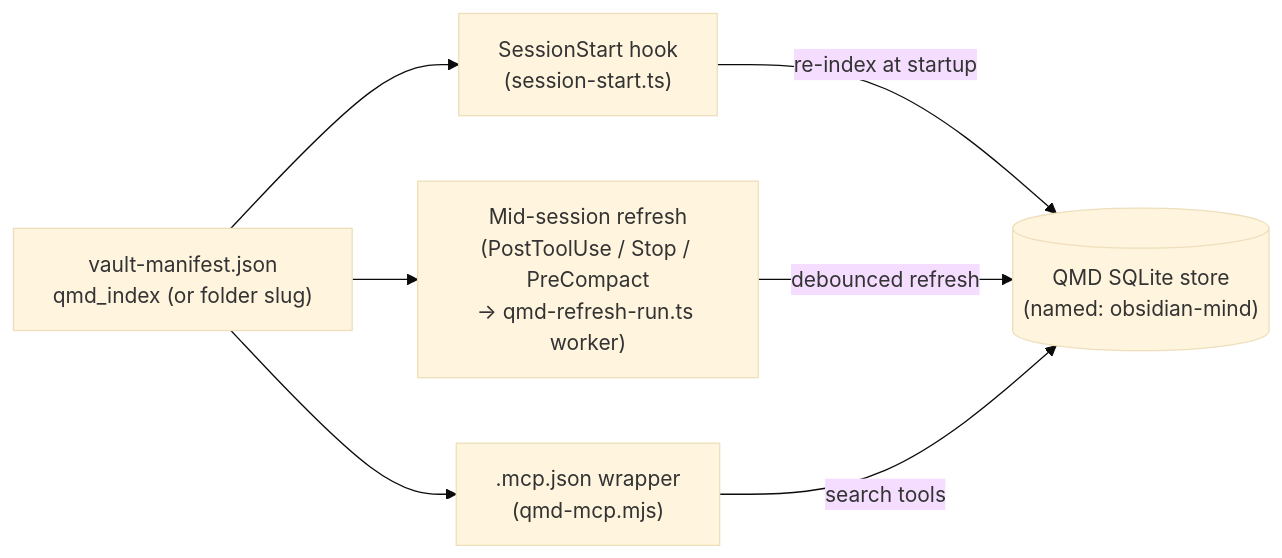
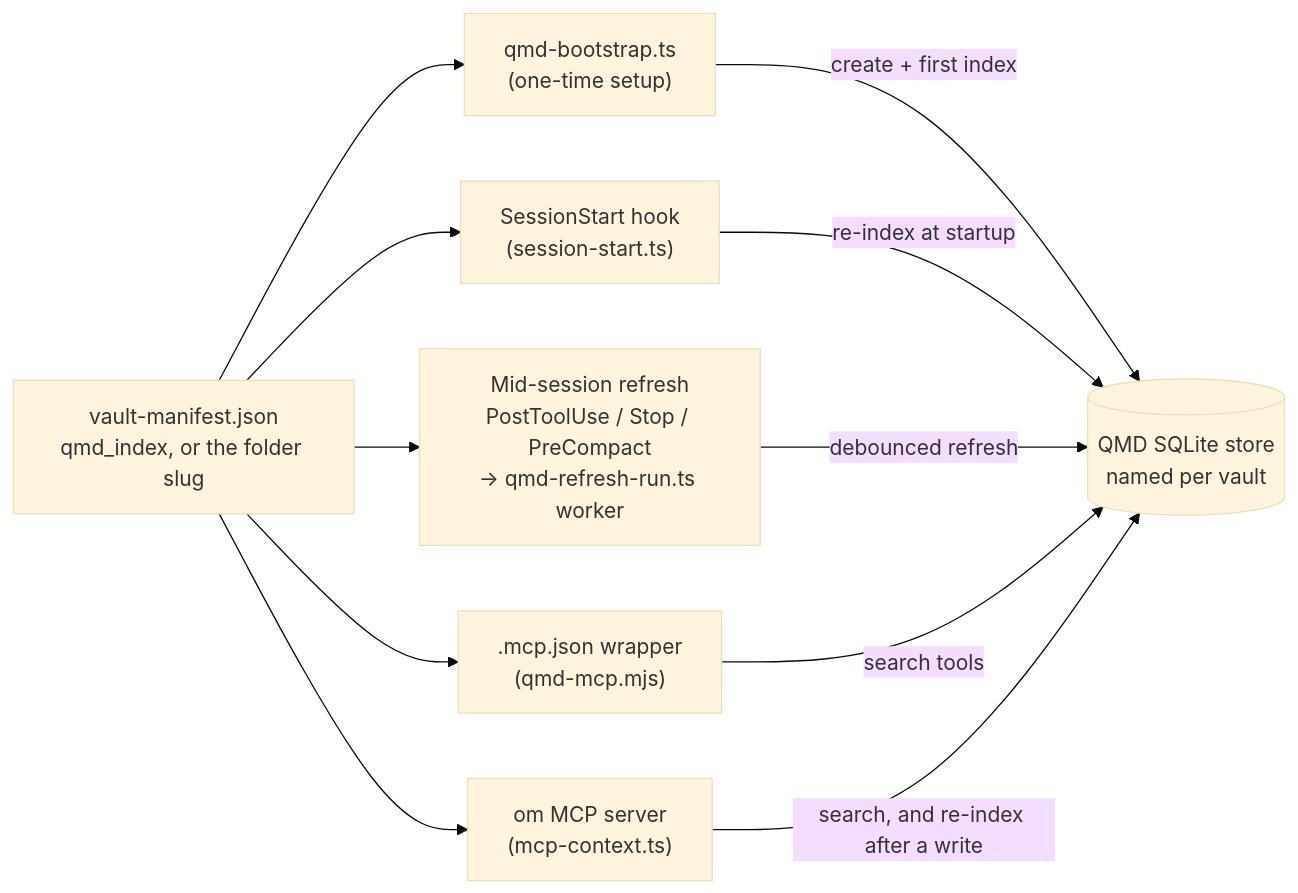
Before and after one commit to OfirGavish/obsidian-mind: the second of 18 diagrams in ARCHITECTURE.md, drawn with Mermaid (base theme). The commit also changed other lines of this file and 48 other files, not shown here.

First line of the commit message:
feat: reach the vault from any repo — MCP server and scoped cross-repo memory (#161)

````diff
--- a/ARCHITECTURE.md
+++ b/ARCHITECTURE.md
@@ -106,15 +127,21 @@
 ```mermaid
 flowchart LR
-    Manifest["vault-manifest.json<br/>qmd_index (or folder slug)"]
+    Manifest["vault-manifest.json<br/>qmd_index, or the folder slug"]
+    Boot["qmd-bootstrap.ts<br/>(one-time setup)"]
     SessionStart["SessionStart hook<br/>(session-start.ts)"]
     MCP[".mcp.json wrapper<br/>(qmd-mcp.mjs)"]
-    Refresh["Mid-session refresh<br/>(PostToolUse / Stop / PreCompact<br/>→ qmd-refresh-run.ts worker)"]
-    Store[("QMD SQLite store<br/>(named: obsidian-mind)")]
+    Refresh["Mid-session refresh<br/>PostToolUse / Stop / PreCompact<br/>→ qmd-refresh-run.ts worker"]
+    OM["om MCP server<br/>(mcp-context.ts)"]
+    Store[("QMD SQLite store<br/>named per vault")]
 
+    Manifest --> Boot
     Manifest --> SessionStart
     Manifest --> MCP
     Manifest --> Refresh
-    SessionStart -->|re-index at startup| Store
-    Refresh -->|debounced refresh| Store
-    MCP -->|search tools| Store
+    Manifest --> OM
+    Boot -->|"create + first index"| Store
+    SessionStart -->|"re-index at startup"| Store
+    Refresh -->|"debounced refresh"| Store
+    MCP -->|"search tools"| Store
+    OM -->|"search, and re-index after a write"| Store
 ```
````
